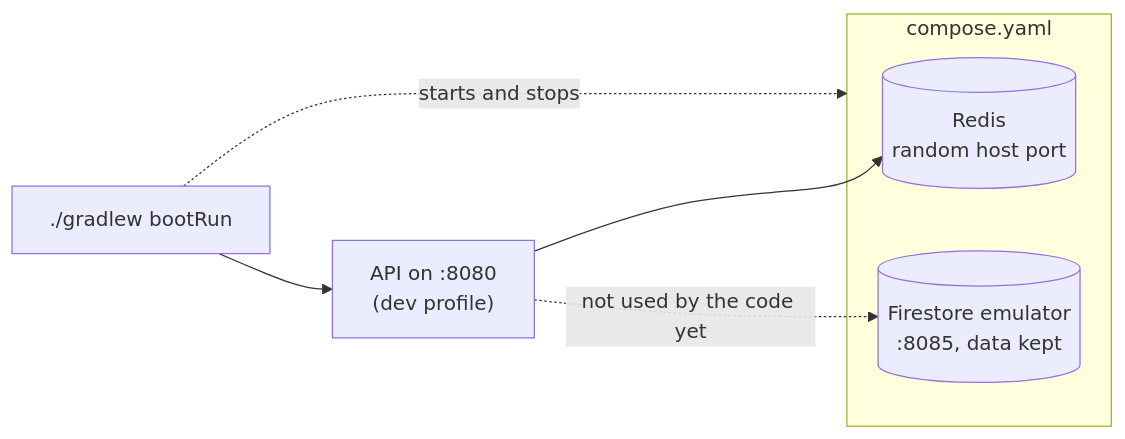
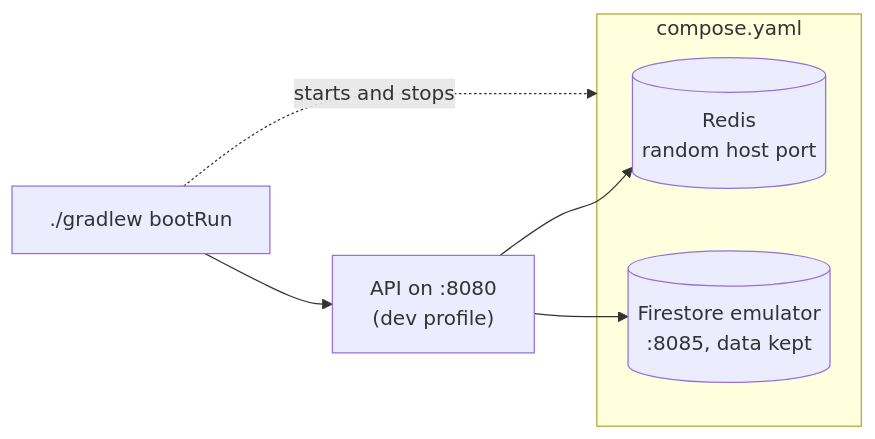
The second of 6 diagrams in README.md (altalyst-solutions/dokiments-api), drawn with Mermaid before and after one commit. The commit also changed other lines of this file and 2 other files, not shown here.

````diff
--- a/README.md
+++ b/README.md
@@ -207,11 +207,11 @@
 ```mermaid
 flowchart LR
     run["./gradlew bootRun"] --> app["API on :8080<br/>(dev profile)"]
     run -. "starts and stops" .-> services
     subgraph services["compose.yaml"]
         redis[("Redis<br/>random host port")]
         emulator[("Firestore emulator<br/>:8085, data kept")]
     end
     app --> redis
-    app -. "not used by the code yet" .-> emulator
+    app --> emulator
 ```
````
